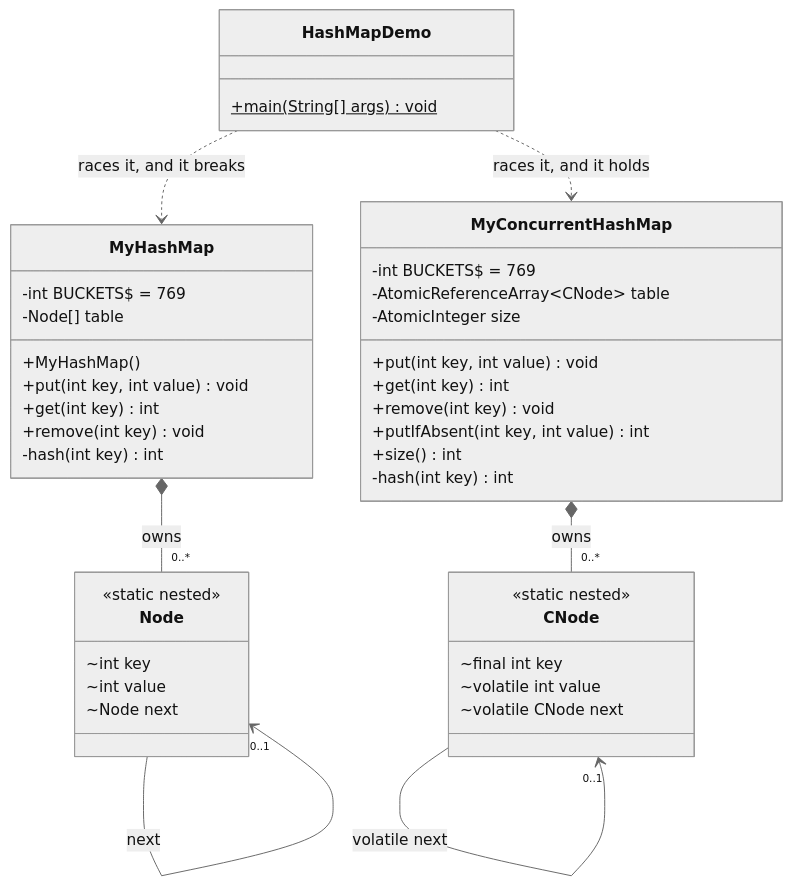
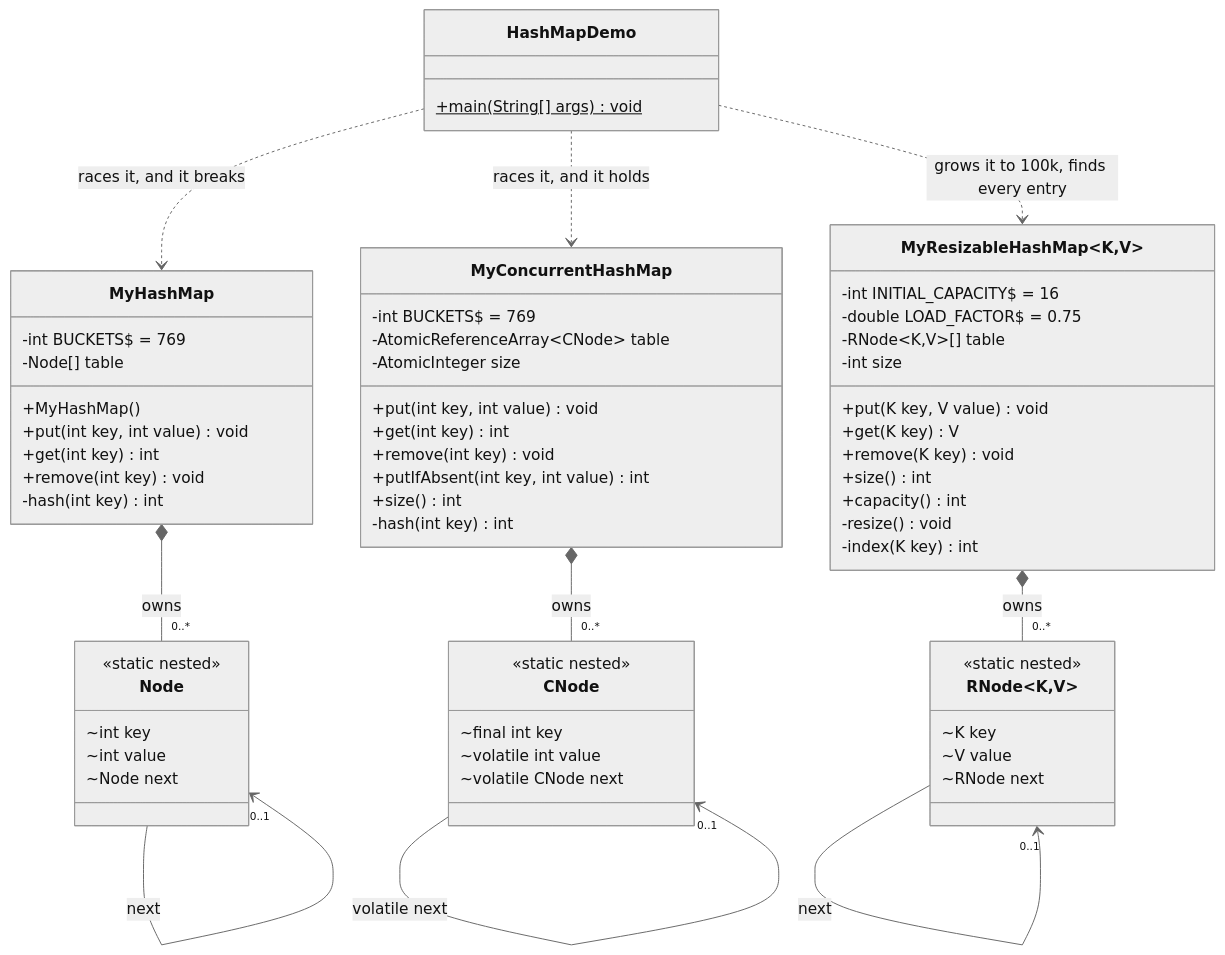
The diagram in hashmap/README.md (Shivam798/LLD-IQ), drawn with Mermaid (neutral theme) before and after one commit. The commit also changed other lines of this file and 4 other files, not shown here.

````diff
--- a/hashmap/README.md
+++ b/hashmap/README.md
@@ -59,49 +85,73 @@
 ```mermaid
 classDiagram
     class MyHashMap {
         -int BUCKETS$ = 769
         -Node[] table
         +MyHashMap()
         +put(int key, int value) void
         +get(int key) int
         +remove(int key) void
         -hash(int key) int
     }
 
     class Node {
         <<static nested>>
         ~int key
         ~int value
         ~Node next
     }
 
     class MyConcurrentHashMap {
         -int BUCKETS$ = 769
         -AtomicReferenceArray~CNode~ table
         -AtomicInteger size
         +put(int key, int value) void
         +get(int key) int
         +remove(int key) void
         +putIfAbsent(int key, int value) int
         +size() int
         -hash(int key) int
     }
 
     class CNode {
         <<static nested>>
         ~final int key
         ~volatile int value
         ~volatile CNode next
     }
 
+    class MyResizableHashMap~K,V~ {
+        -int INITIAL_CAPACITY$ = 16
+        -double LOAD_FACTOR$ = 0.75
+        -RNode~K,V~[] table
+        -int size
+        +put(K key, V value) void
+        +get(K key) V
+        +remove(K key) void
+        +size() int
+        +capacity() int
+        -resize() void
+        -index(K key) int
+    }
+
+    class RNode~K,V~ {
+        <<static nested>>
+        ~K key
+        ~V value
+        ~RNode next
+    }
+
     class HashMapDemo {
         +main(String[] args)$ void
     }
 
     MyHashMap *-- "0..*" Node : owns
     Node --> "0..1" Node : next
     MyConcurrentHashMap *-- "0..*" CNode : owns
     CNode --> "0..1" CNode : volatile next
+    MyResizableHashMap *-- "0..*" RNode : owns
+    RNode --> "0..1" RNode : next
     HashMapDemo ..> MyHashMap : races it, and it breaks
     HashMapDemo ..> MyConcurrentHashMap : races it, and it holds
+    HashMapDemo ..> MyResizableHashMap : grows it to 100k, finds every entry
 ```
````
